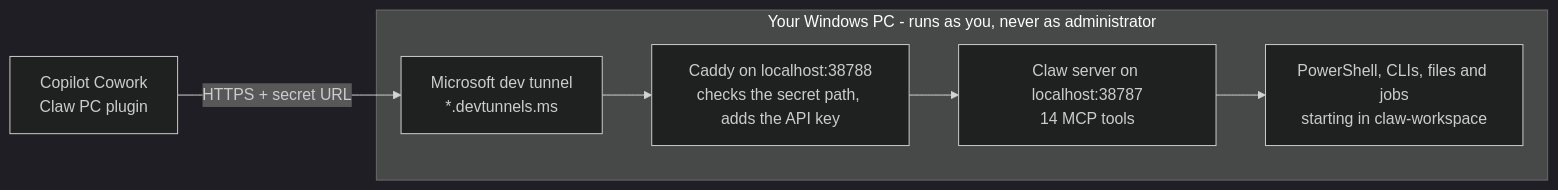
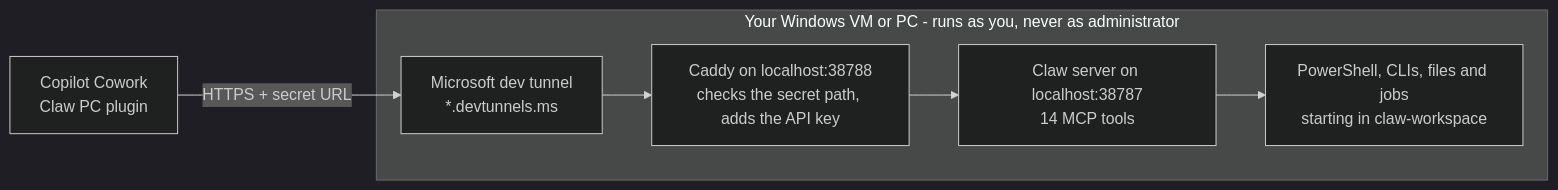
The diagram in README.md (ogradyliam5/copilot-cowork-claw), drawn with Mermaid (dark theme) before and after one commit. The commit also changed other lines of this file and 1 other file, not shown here.

````diff
--- a/README.md
+++ b/README.md
@@ -77,9 +142,9 @@
 ```mermaid
 flowchart LR
     A["Copilot Cowork<br/>Claw PC plugin"] -->|"HTTPS + secret URL"| B["Microsoft dev tunnel<br/>*.devtunnels.ms"]
-    subgraph PC["Your Windows PC - runs as you, never as administrator"]
+    subgraph PC["Your Windows VM or PC - runs as you, never as administrator"]
         B --> C["Caddy on localhost:38788<br/>checks the secret path, adds the API key"]
         C --> D["Claw server on localhost:38787<br/>14 MCP tools"]
         D --> E["PowerShell, CLIs, files and jobs<br/>starting in claw-workspace"]
     end
 ```
````
